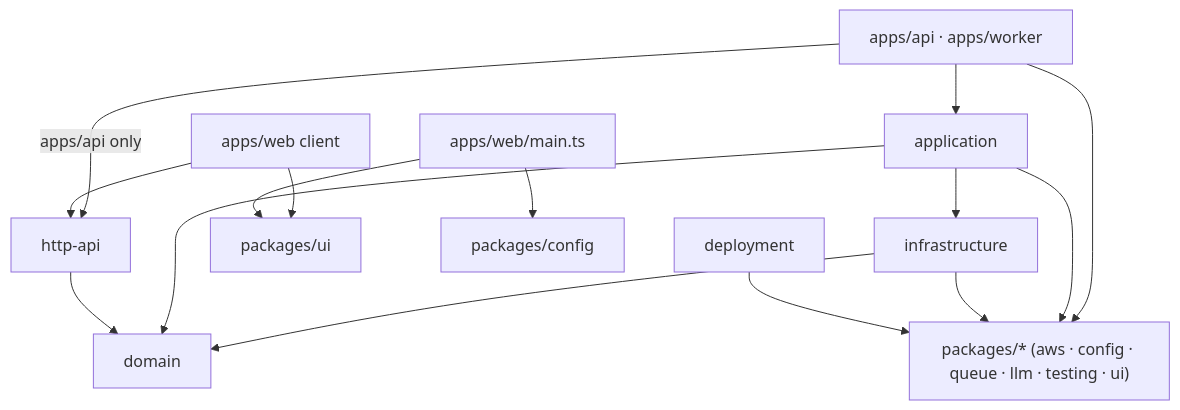
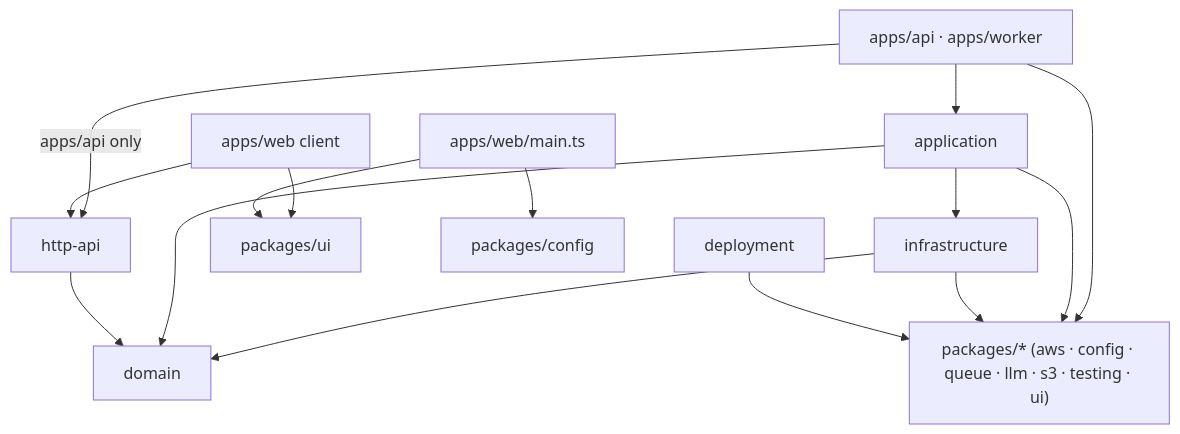
Before and after one commit to khotei/app-template: the diagram in docs/knowledge/architecture.md, drawn with Mermaid. The commit also changed 8 other files, not shown here.

First line of the commit message:
:sparkles: feat(architecture-audit): Add S3Bucket in packages/s3

````diff
--- a/docs/knowledge/architecture.md
+++ b/docs/knowledge/architecture.md
@@ -9,17 +9,17 @@
 ```mermaid
 graph TD
   apps["apps/api · apps/worker"] --> application
   application --> infrastructure
   infrastructure --> domain
   application --> domain
   apps -->|"apps/api only"| httpApi["http-api"]
   httpApi --> domain
-  apps --> packages["packages/* (aws · config · queue · llm · testing · ui)"]
+  apps --> packages["packages/* (aws · config · queue · llm · s3 · testing · ui)"]
   application --> packages
   infrastructure --> packages
   web["apps/web client"] --> httpApi
   web --> ui["packages/ui"]
   webMain["apps/web/main.ts"] --> ui
   webMain --> config["packages/config"]
   deployment --> packages
 ```
````
